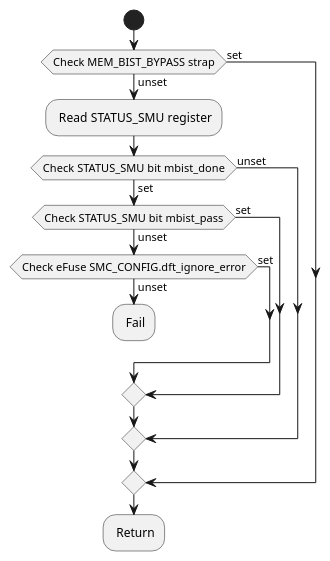
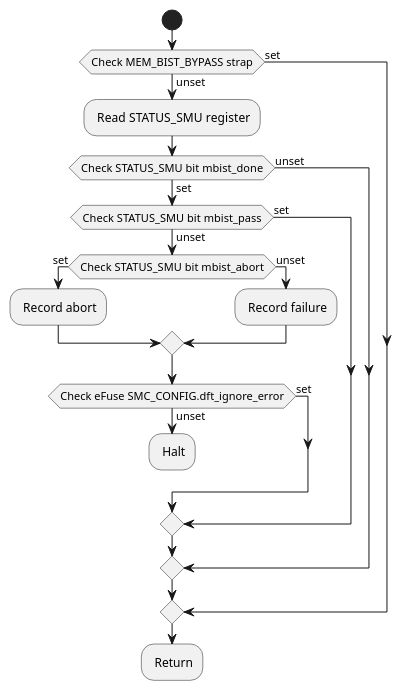
Before and after one commit to tenstorrent/tt-oca-harness: the first of 6 diagrams in doc/programmer/src/smc-programming.adoc, drawn with PlantUML. The commit also changed other lines of this file and 1 other file, not shown here.

First line of the commit message:
doc: Let dft_ignore_error continue boot after an SMC ROM MBIST abort

```diff
--- a/doc/programmer/src/smc-programming.adoc
+++ b/doc/programmer/src/smc-programming.adoc
@@ -166,23 +169,28 @@
 [plantuml,ocah-smc-mbist-early_check,svg,scaledwidth=50.0%,align="center"]
 ----
 @startuml
 start
 if (Check MEM_BIST_BYPASS strap) then (set)
 else (unset)
   : Read STATUS_SMU register;
   if (Check STATUS_SMU bit mbist_done) then (unset)
   else (set)
     if (Check STATUS_SMU bit mbist_pass) then (set)
     else (unset)
+      if (Check STATUS_SMU bit mbist_abort) then (set)
+        : Record abort;
+      else (unset)
+        : Record failure;
+      endif
       if (Check eFuse SMC_CONFIG.dft_ignore_error) then (set)
       else (unset)
-        : Fail;
+        : Halt;
         kill
       endif
     endif
   endif
 endif
 : Return;
 kill
 @enduml
 ----
```
